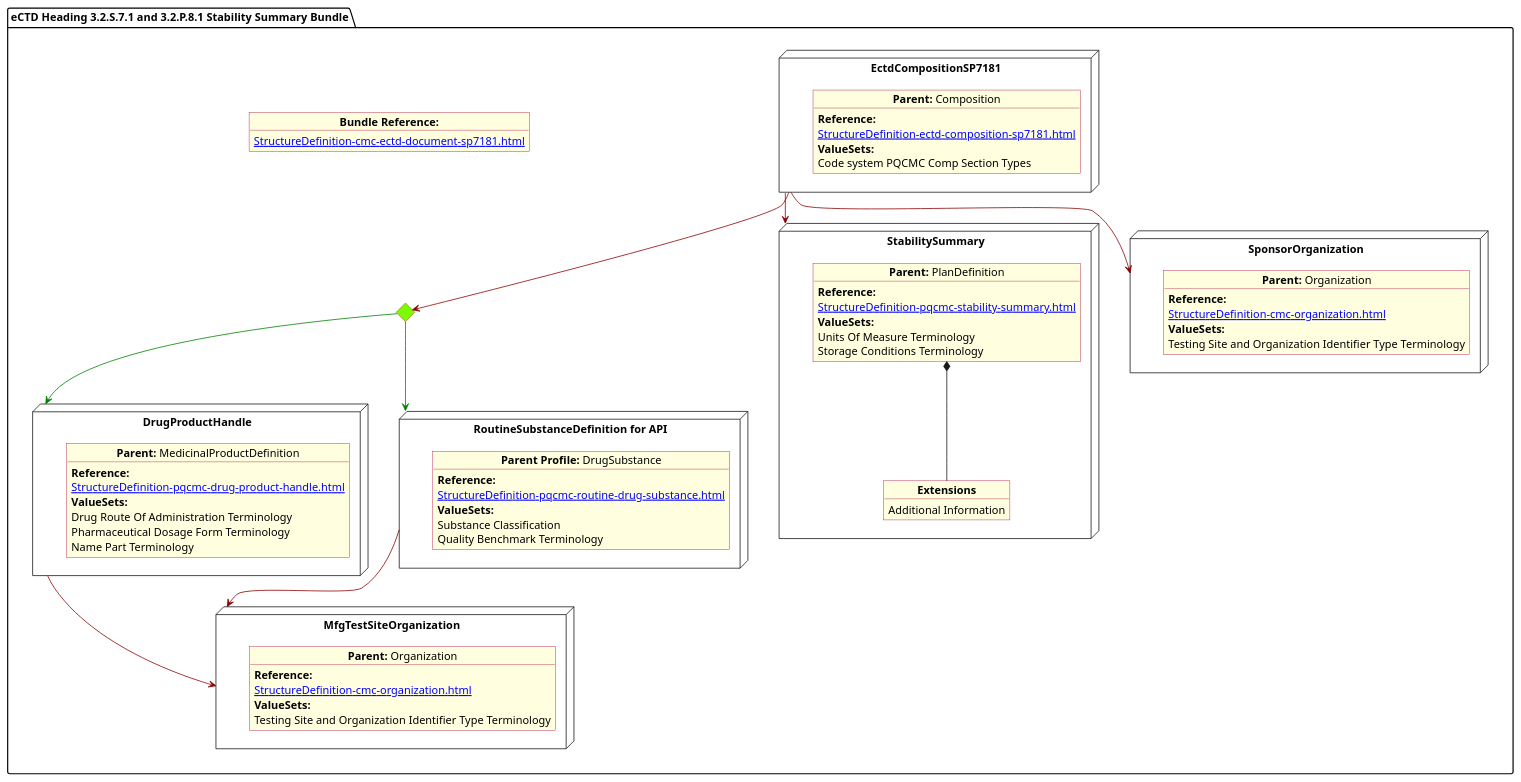
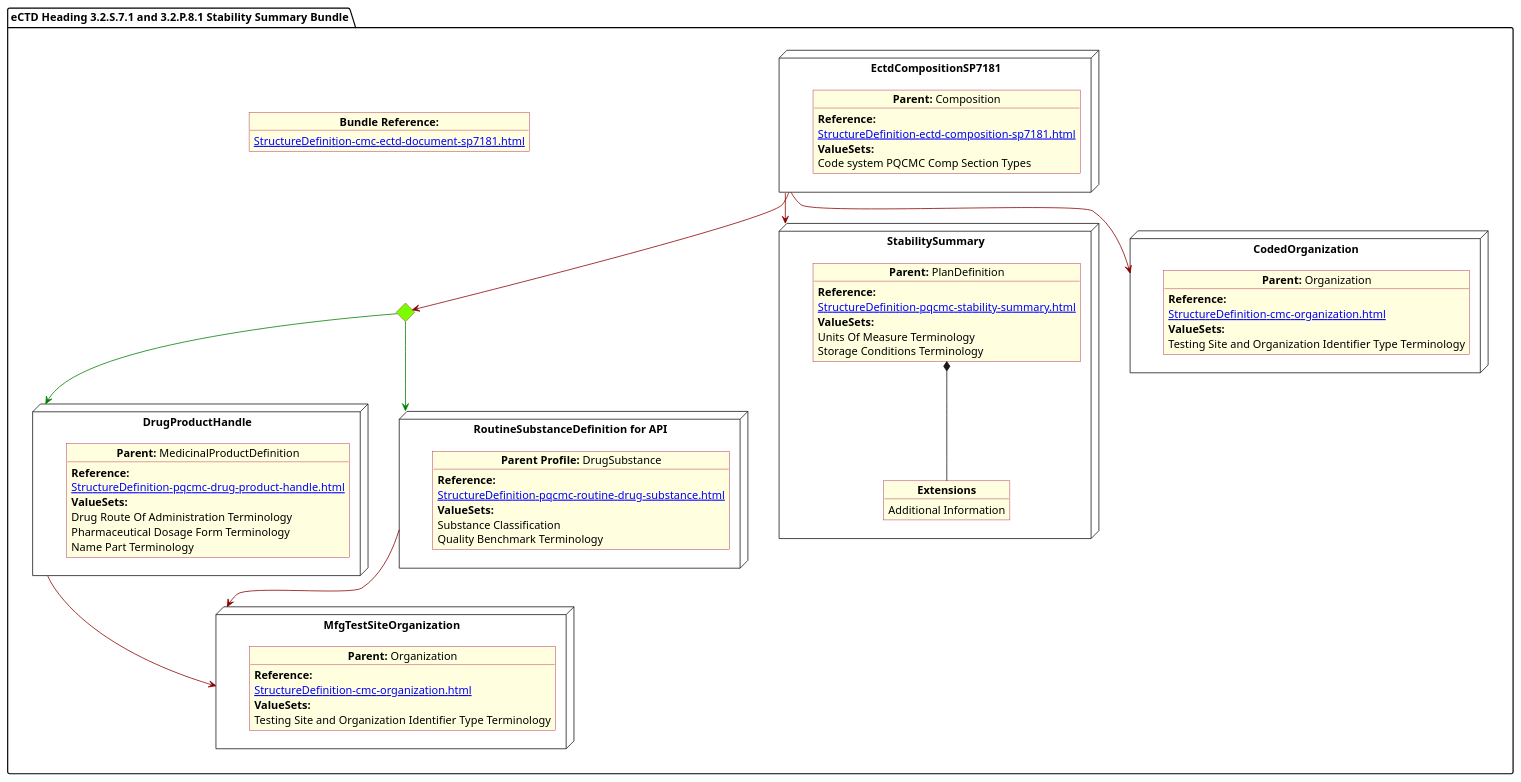
The diagram in input/images-source/StabilitySummary.plantuml (HL7/FHIR-us-pq-cmc-fda), drawn with PlantUML before and after one commit. The commit also changed 33 other files, not shown here.

```diff
--- a/input/images-source/StabilitySummary.plantuml
+++ b/input/images-source/StabilitySummary.plantuml
@@ -1,96 +1,96 @@
 @startuml StabilitySummary
 allowmixing
 'Mixed model of use case and object
 skinparam svgDimensionStyle false
 skinparam ObjectBackgroundColor LightYellow
 skinparam ObjectBorderColor #A80036
 skinparam activityDiamondBorderColor #A80036
 skinparam activityDiamondBackgroundColor lawnGreen
 skinparam ClassBorderThickness 4
 
 package "eCTD Heading 3.2.S.7.1 and 3.2.P.8.1 Stability Summary Bundle" as NODES {
       object "**Bundle Reference:**" as objbun {
             [[StructureDefinition-cmc-ectd-document-sp7181.html]]
       }
 
       node "DrugProductHandle" as NN {
 
             object "**Parent:** MedicinalProductDefinition" as obj3 {
                   **Reference:**
                   [[StructureDefinition-pqcmc-drug-product-handle.html]]
                   **ValueSets:**
                   Drug Route Of Administration Terminology
                   Pharmaceutical Dosage Form Terminology
                   Name Part Terminology
             }
       }
       diamond CH
 
       node "RoutineSubstanceDefinition for API" as NNS {
 
             object "**Parent Profile:** DrugSubstance" as obj4 {
                   **Reference:**
                   [[StructureDefinition-pqcmc-routine-drug-substance.html]]
                   **ValueSets:**
                   Substance Classification
                   Quality Benchmark Terminology
             }
       }
 
       node "MfgTestSiteOrganization" as NMFG {
 
             object "**Parent:** Organization" as objDP {
                   **Reference:**
                   [[StructureDefinition-cmc-organization.html]]
                   **ValueSets:**
                   Testing Site and Organization Identifier Type Terminology
             }
       }
 
       node "StabilitySummary" as NMain {
 
             object "**Parent:** PlanDefinition" as objMain {
                   **Reference:**
                   [[StructureDefinition-pqcmc-stability-summary.html]]
                   **ValueSets:**
                   Units Of Measure Terminology
                   Storage Conditions Terminology
             }
 
             object "**Extensions**" as objExs2 {
                   Additional Information
             }
 
             objMain *-- objExs2
       }
 
       node "EctdCompositionSP7181" as N1 {
 
             object "**Parent:** Composition" as obj1 {
                   **Reference:**
                   [[StructureDefinition-ectd-composition-sp7181.html]]
                   **ValueSets:**
                   Code system PQCMC Comp Section Types
             }
       }
-      node "SponsorOrganization" as NSO {
+      node "CodedOrganization" as NSO {
 
             object "**Parent:** Organization" as objAu {
                   **Reference:**
                   [[StructureDefinition-cmc-organization.html]]
                   **ValueSets:**
                   Testing Site and Organization Identifier Type Terminology
             }
       }
 
       CH -[#green]-> NN
       CH -[#green]-> NNS
       N1 -[#darkred]-> CH
       N1 -[#darkred]-> NSO
       NN -[#darkred]-> NMFG
       NNS -[#darkred]-> NMFG
       N1 -[#darkred]-> NMain
 
 
 }
 @enduml
```
